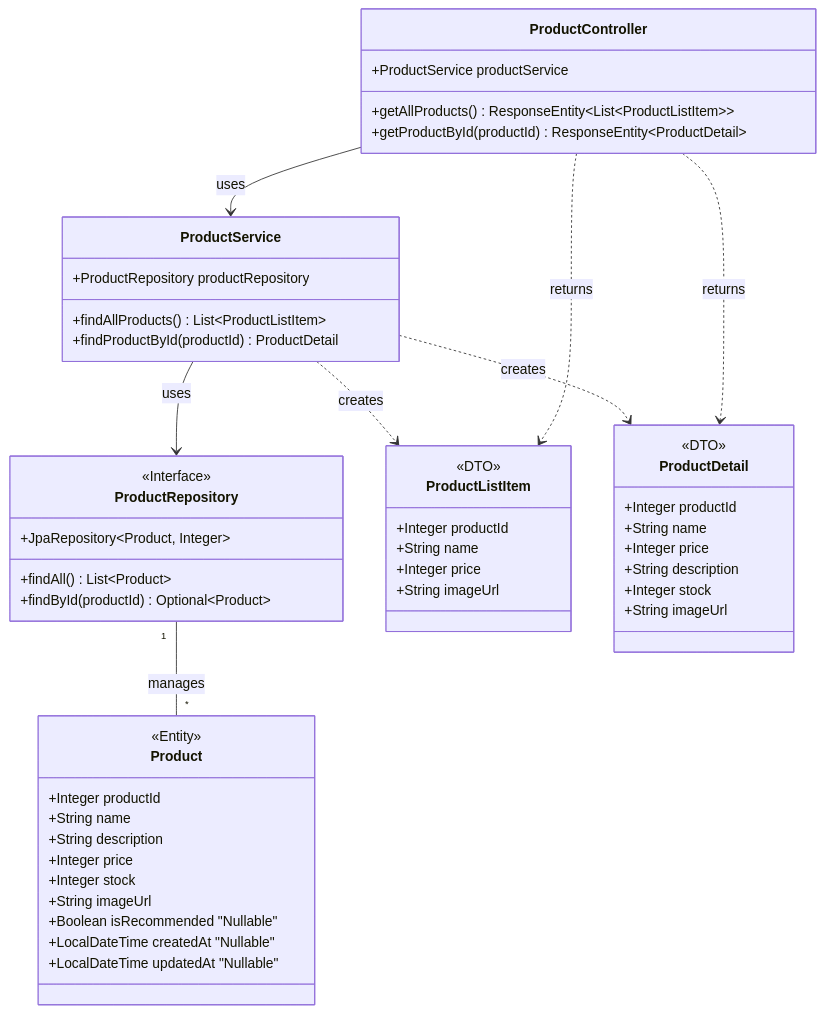
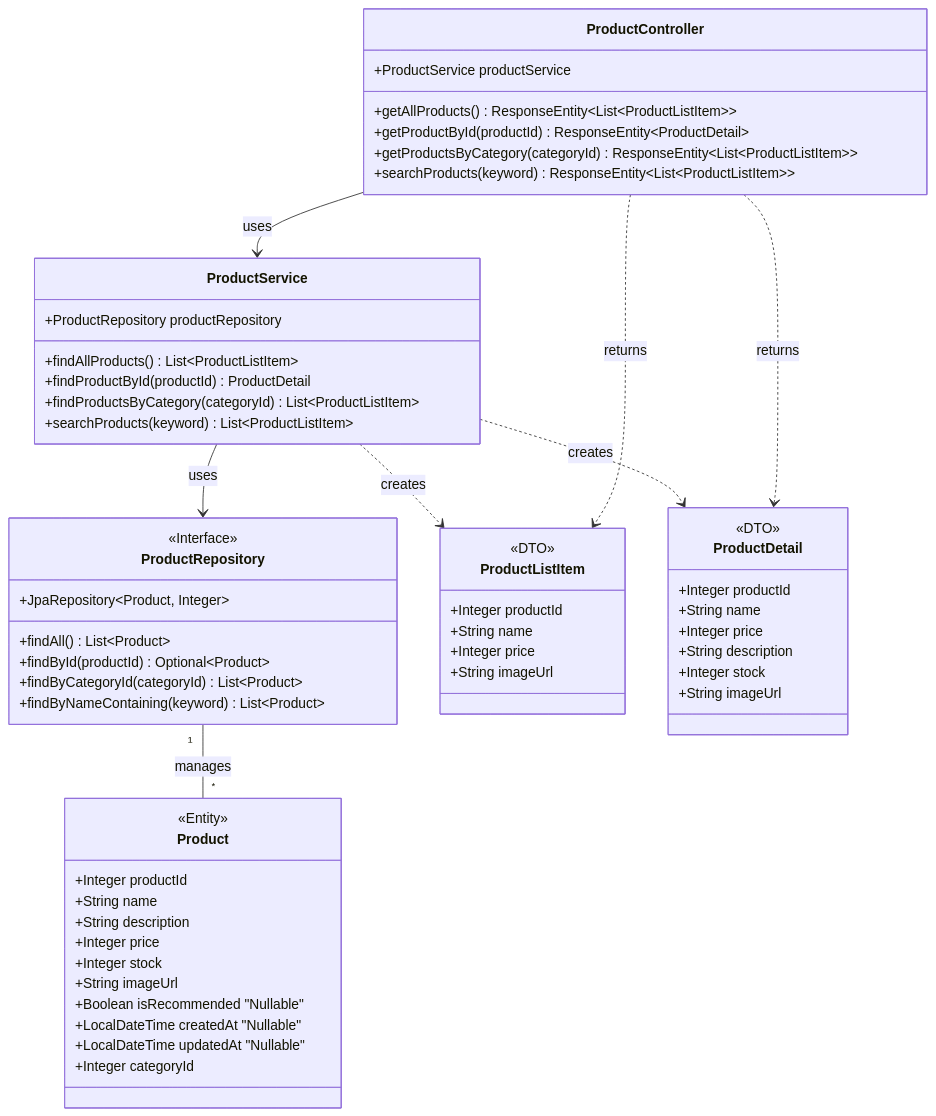
Before and after one commit to shogomaeda758/Bacon: the ninth of 13 diagrams in 詳細設計/詳細設計書_v1.md, drawn with Mermaid.

Commit message:
4.2.1変更

```diff
--- a/詳細設計/詳細設計書_v1.md
+++ b/詳細設計/詳細設計書_v1.md
@@ -598,62 +598,69 @@
 <div class='mermaid'>
 classDiagram
     class ProductController {
         +ProductService productService
         +getAllProducts() ResponseEntity~List~ProductListItem~~
         +getProductById(productId) ResponseEntity~ProductDetail~
+        +getProductsByCategory(categoryId) ResponseEntity~List~ProductListItem~~
+        +searchProducts(keyword) ResponseEntity~List~ProductListItem~~
     }
 
     class ProductService {
         +ProductRepository productRepository
         +findAllProducts() List~ProductListItem~
         +findProductById(productId) ProductDetail
+        +findProductsByCategory(categoryId) List~ProductListItem~
+        +searchProducts(keyword) List~ProductListItem~
     }
 
     class ProductRepository {
         <<Interface>>
         +JpaRepository~Product, Integer~
         +findAll() List~Product~
         +findById(productId) Optional~Product~
+        +findByCategoryId(categoryId) List~Product~
+        +findByNameContaining(keyword) List~Product~
     }
 
     class Product {
         <<Entity>>
         +Integer productId
         +String name
         +String description
         +Integer price
         +Integer stock
         +String imageUrl
         +Boolean isRecommended "Nullable"
         +LocalDateTime createdAt "Nullable"
         +LocalDateTime updatedAt "Nullable"
+        +Integer categoryId
     }
 
     class ProductListItem {
         <<DTO>>
         +Integer productId
         +String name
         +Integer price
         +String imageUrl
     }
 
     class ProductDetail {
         <<DTO>>
         +Integer productId
         +String name
         +Integer price
         +String description
         +Integer stock
         +String imageUrl
     }
 
     %% 関連
     ProductController --> ProductService : uses
     ProductService --> ProductRepository : uses
     ProductRepository "1" -- "*" Product : manages
 
     ProductService ..> ProductListItem : creates
     ProductService ..> ProductDetail : creates
     ProductController ..> ProductListItem : returns
     ProductController ..> ProductDetail : returns
 </div>
```
